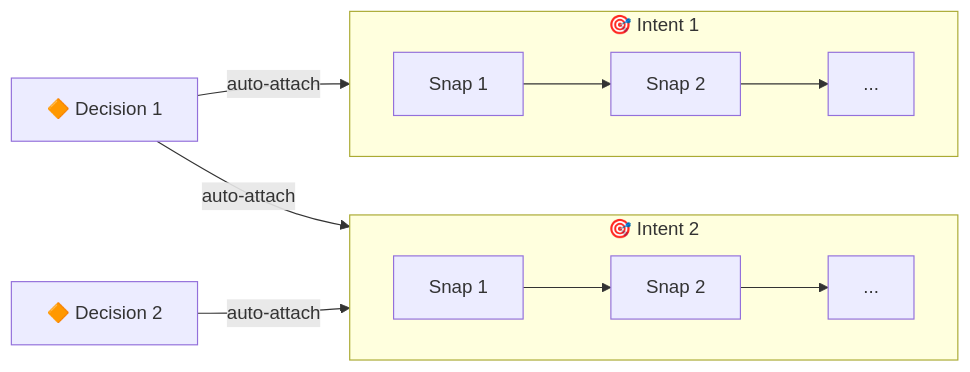
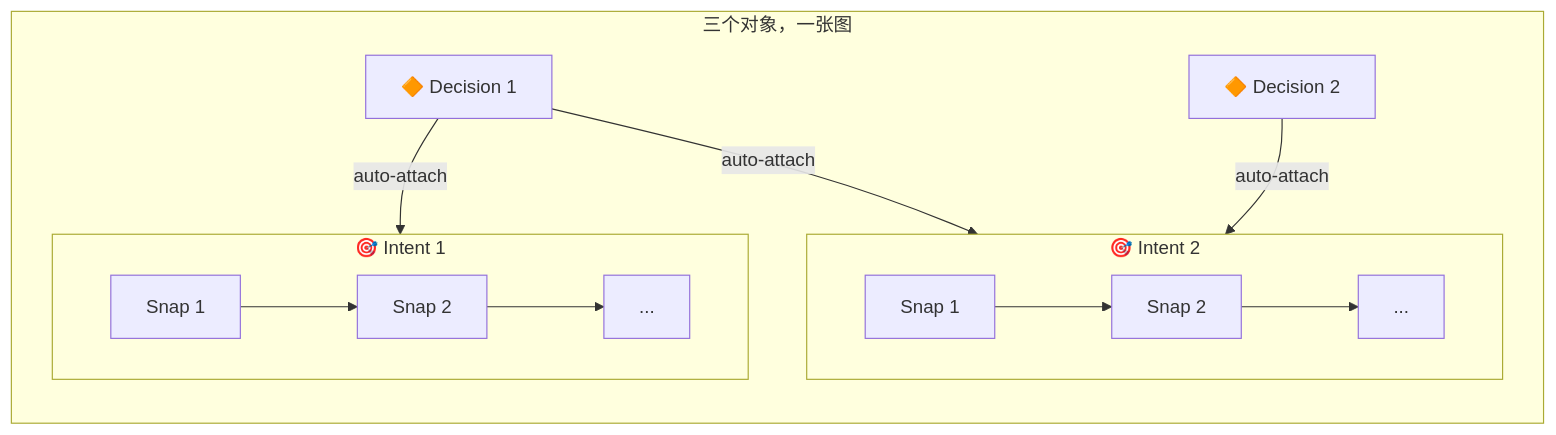
One commit to dozybot001/Intent changed the second of 2 diagrams in README.CN.md. Above: the diagram before and after it, drawn with Mermaid. The commit also changed 1 other file, not shown here.

Commit message:
Add outer frame to Fig.2 object diagram

````diff
--- a/README.CN.md
+++ b/README.CN.md
@@ -56,19 +56,21 @@
 ```mermaid
 flowchart LR
-  D1["🔶 Decision 1"]
-  D2["🔶 Decision 2"]
+  subgraph Graph["三个对象，一张图"]
+    D1["🔶 Decision 1"]
+    D2["🔶 Decision 2"]
 
-  subgraph Intent1["🎯 Intent 1"]
-    direction LR
-    S1["Snap 1"] --> S2["Snap 2"] --> S3["..."]
-  end
+    subgraph Intent1["🎯 Intent 1"]
+      direction LR
+      S1["Snap 1"] --> S2["Snap 2"] --> S3["..."]
+    end
 
-  subgraph Intent2["🎯 Intent 2"]
-    direction LR
-    S4["Snap 1"] --> S5["Snap 2"] --> S6["..."]
+    subgraph Intent2["🎯 Intent 2"]
+      direction LR
+      S4["Snap 1"] --> S5["Snap 2"] --> S6["..."]
+    end
   end
 
   D1 -- auto-attach --> Intent1
   D1 -- auto-attach --> Intent2
   D2 -- auto-attach --> Intent2
 ```
````
